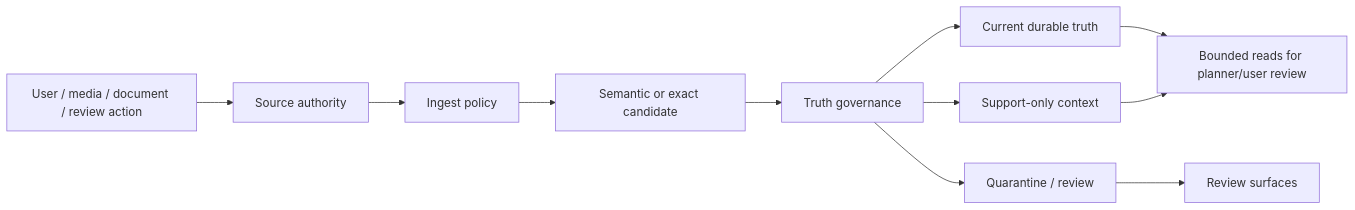
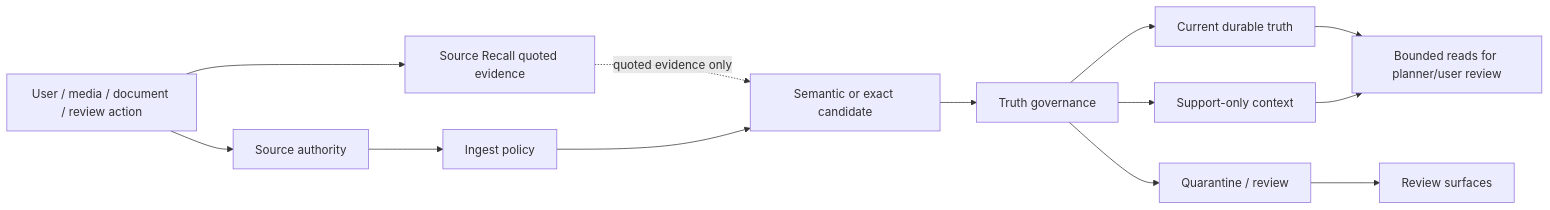
The fourth of 5 diagrams in docs/ARCHITECTURE_OVERVIEW.md (AgentBigBrain/AgentBigBrain), drawn with Mermaid before and after one commit. The commit also changed other lines of this file and 90 other files, not shown here.

First line of the commit message:
Add production Source Recall with encrypted storage and live evidence (#25)

````diff
--- a/docs/ARCHITECTURE_OVERVIEW.md
+++ b/docs/ARCHITECTURE_OVERVIEW.md
@@ -84,14 +84,16 @@
 ```mermaid
 flowchart LR
   Input["User / media / document / review action"] --> Source["Source authority"]
+  Input --> Recall["Source Recall quoted evidence"]
+  Recall -. "quoted evidence only" .-> Candidate
   Source --> Policy["Ingest policy"]
   Policy --> Candidate["Semantic or exact candidate"]
   Candidate --> Governance["Truth governance"]
   Governance --> Current["Current durable truth"]
   Governance --> Support["Support-only context"]
   Governance --> Quarantine["Quarantine / review"]
 
   Current --> Read["Bounded reads for planner/user review"]
   Support --> Read
   Quarantine --> Review["Review surfaces"]
 ```
````
